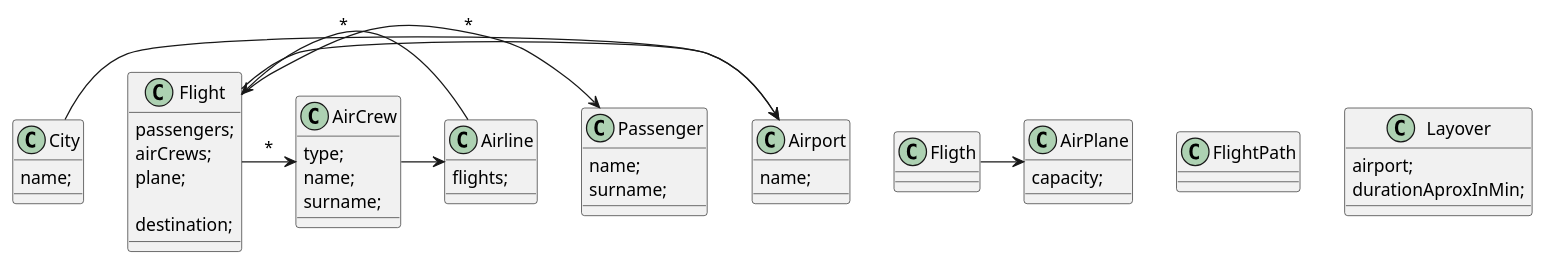
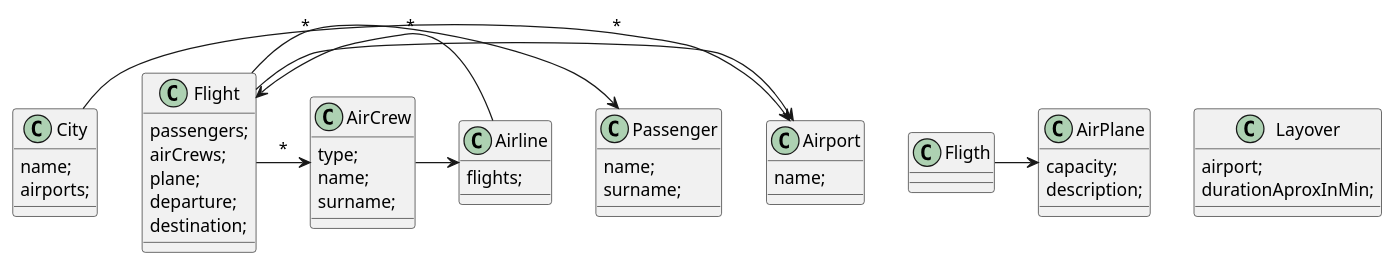
The diagram in uml/diagram.puml (LeandroBenitez12/SoftwareDevelopment), drawn with PlantUML before and after one commit. The commit also changed 5 other files, not shown here.

```diff
--- a/uml/diagram.puml
+++ b/uml/diagram.puml
@@ -1,53 +1,51 @@
 @startuml
 
 class Airport{
     name;
 }
 class City{
     name;
+    airports;
 }
 
 class AirPlane{
     capacity;
+    description;
 }
 
 class Airline{
     flights;
 }
 class Flight{
     passengers;
     airCrews;
     plane;
-   
+    departure;
     destination;
 }
 
 class Passenger{
     name;
     surname;
 }
 
 class AirCrew{
     type;
     name;
     surname;
 }
 
-class FlightPath{
-    
-}
-
 class Layover{
     airport;
     durationAproxInMin;
 }
-City -> Airport
+City -> Airport: *
 Flight -> Airport
 Flight -> Passenger: *
 Flight -> AirCrew: *
 Fligth -> AirPlane
 Airline -> Flight: *
 AirCrew -> Airline
 
 
 @enduml
```
